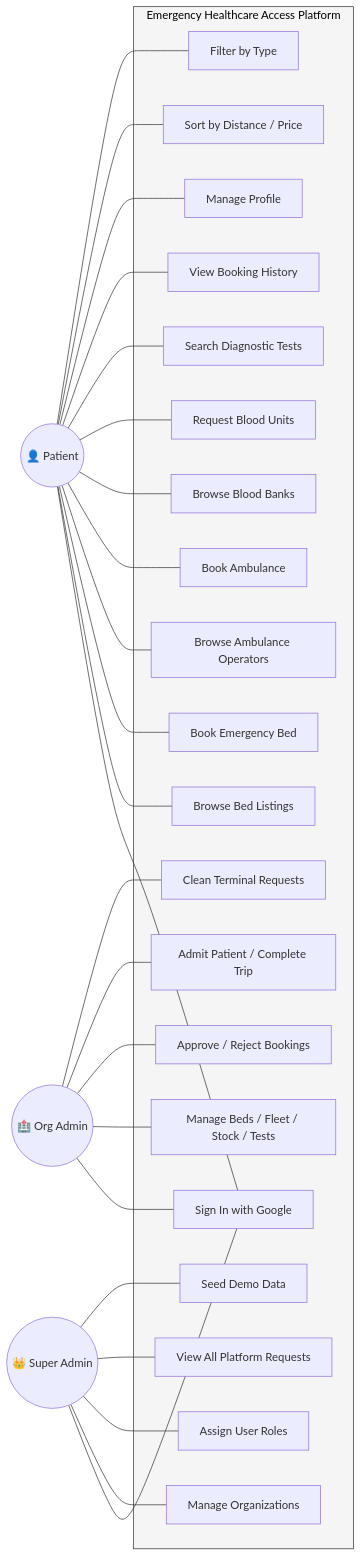
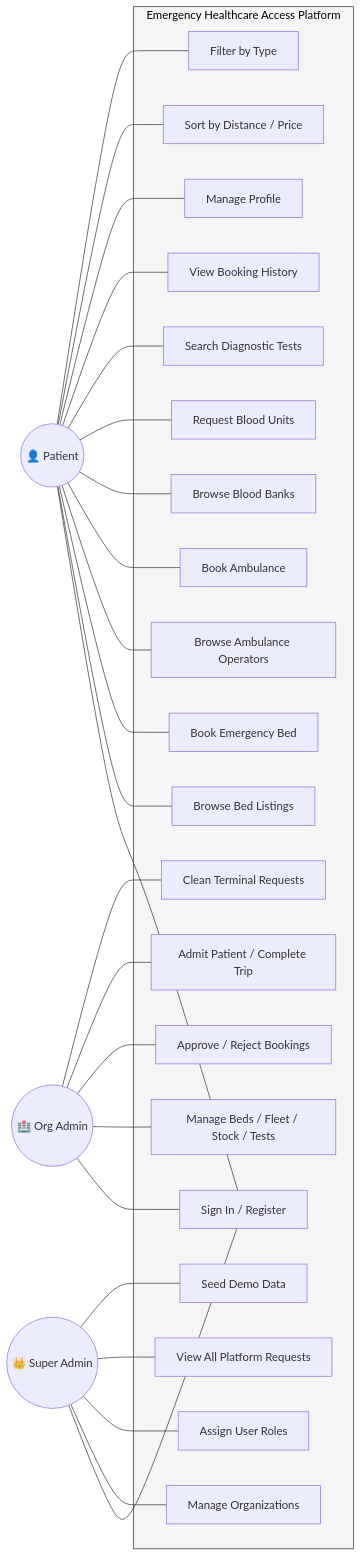
Before and after one commit to Aurorabtw/emergency-health-services: the second of 14 diagrams in SDP_Report_Diagrams.md, drawn with Mermaid. The commit also changed other lines of this file and 1 other file, not shown here.

First line of the commit message:
Update SDP report diagrams and LaTeX for current tech stack

````diff
--- a/SDP_Report_Diagrams.md
+++ b/SDP_Report_Diagrams.md
@@ -73,56 +77,56 @@
 ```mermaid
 graph LR
     Patient((👤 Patient))
     OrgAdmin((🏥 Org Admin))
     SuperAdmin((👑 Super Admin))
 
     subgraph System["Emergency Healthcare Access Platform"]
-        UC1[Sign In with Google]
+        UC1[Sign In / Register]
         UC2[Browse Bed Listings]
         UC3[Book Emergency Bed]
         UC4[Browse Ambulance Operators]
         UC5[Book Ambulance]
         UC6[Browse Blood Banks]
         UC7[Request Blood Units]
         UC8[Search Diagnostic Tests]
         UC9[View Booking History]
         UC10[Manage Profile]
         UC11[Manage Beds / Fleet / Stock / Tests]
         UC12[Approve / Reject Bookings]
         UC13[Admit Patient / Complete Trip]
         UC14[Clean Terminal Requests]
         UC15[Manage Organizations]
         UC16[Assign User Roles]
         UC17[View All Platform Requests]
         UC18[Seed Demo Data]
         UC19[Sort by Distance / Price]
         UC20[Filter by Type]
     end
 
     Patient --- UC1
     Patient --- UC2
     Patient --- UC3
     Patient --- UC4
     Patient --- UC5
     Patient --- UC6
     Patient --- UC7
     Patient --- UC8
     Patient --- UC9
     Patient --- UC10
     Patient --- UC19
     Patient --- UC20
 
     OrgAdmin --- UC1
     OrgAdmin --- UC11
     OrgAdmin --- UC12
     OrgAdmin --- UC13
     OrgAdmin --- UC14
 
     SuperAdmin --- UC1
     SuperAdmin --- UC15
     SuperAdmin --- UC16
     SuperAdmin --- UC17
     SuperAdmin --- UC18
 
     style System fill:#f5f5f5,stroke:#333,color:#000
 ```
````
